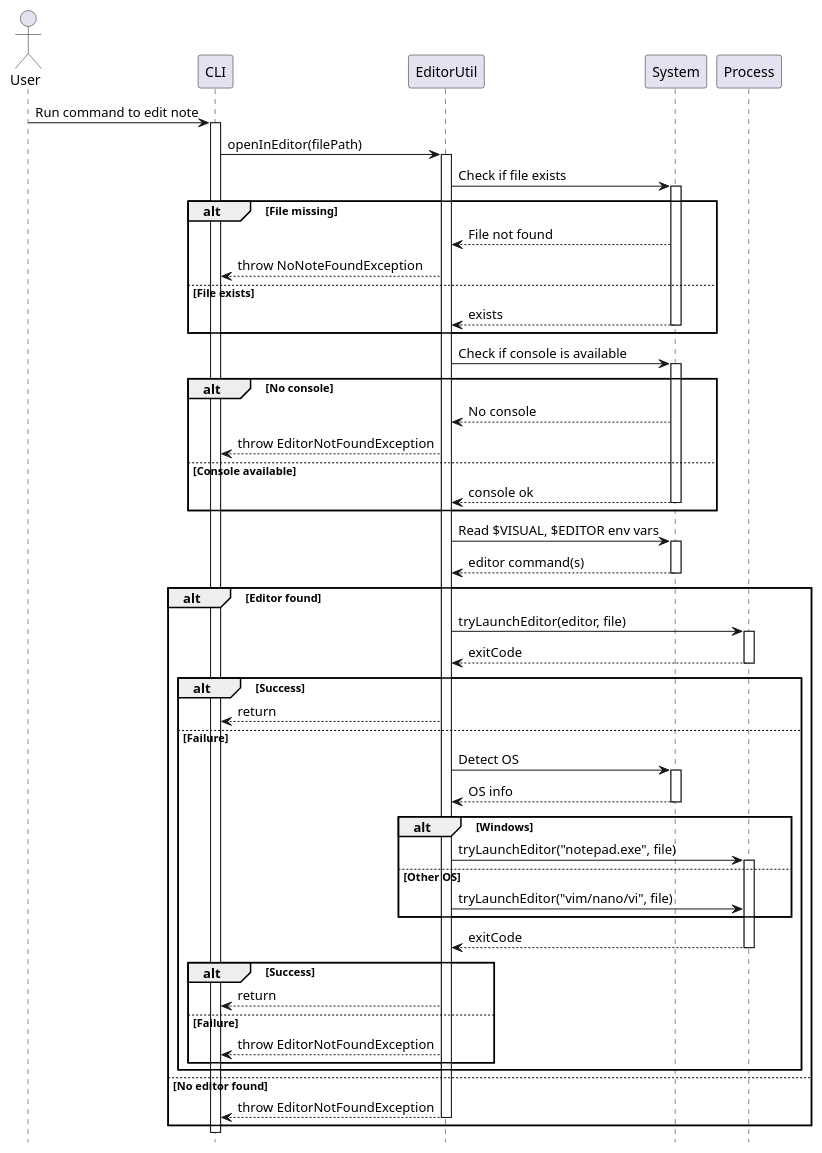
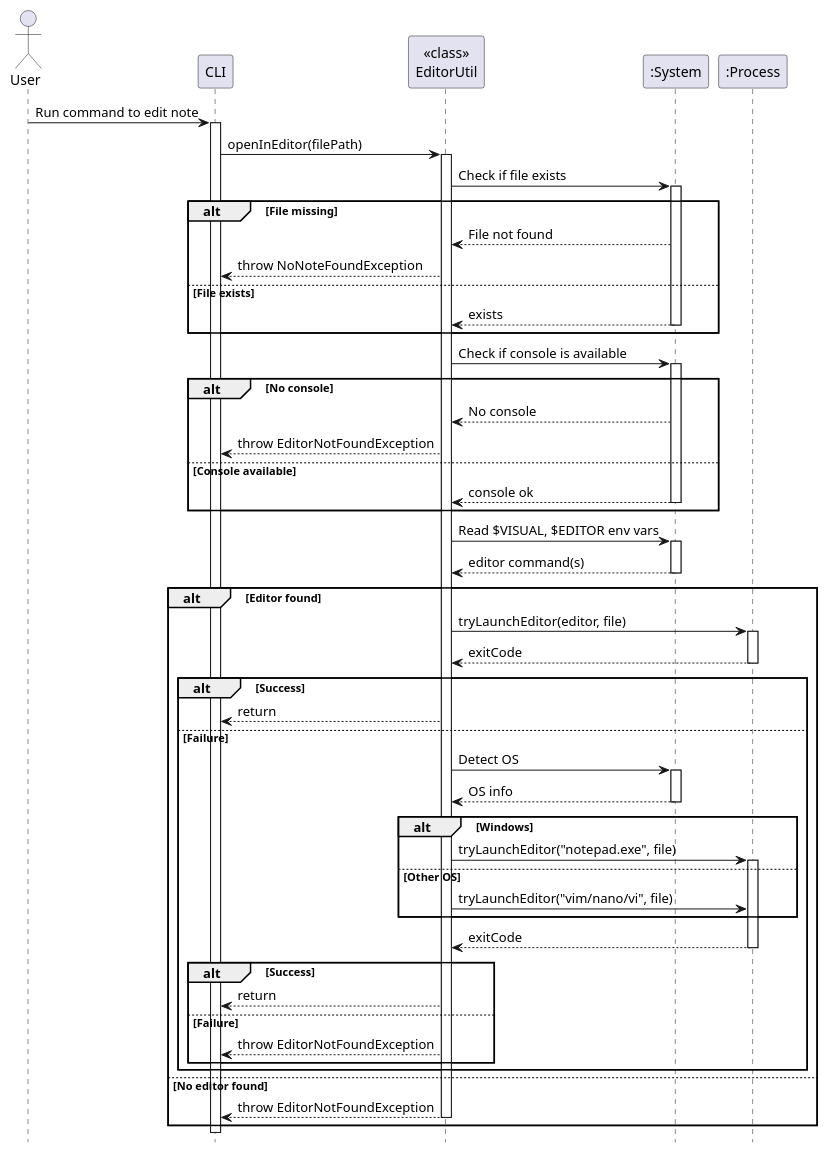
One commit to shauntsr/tp changed the diagram in docs/diagrams/EditorIntegrationSequence.puml. Above: the diagram before and after it, drawn with PlantUML. The commit also changed 10 other files, not shown here.

```diff
--- a/docs/diagrams/EditorIntegrationSequence.puml
+++ b/docs/diagrams/EditorIntegrationSequence.puml
@@ -1,76 +1,76 @@
 @startuml EditorIntegrationSequence
 actor User
 participant CLI
-participant EditorUtil
-participant System
-participant Process
+participant "<<class>>\nEditorUtil" as EditorUtil
+participant ":System" as System
+participant ":Process" as Process
 
 hide footbox
 
 User -> CLI : Run command to edit note
 activate CLI
 
 CLI -> EditorUtil : openInEditor(filePath)
 activate EditorUtil
 
 EditorUtil -> System : Check if file exists
 activate System
 alt File missing
     System --> EditorUtil : File not found
     EditorUtil --> CLI : throw NoNoteFoundException
 else File exists
     System --> EditorUtil : exists
     deactivate System
 end
 
 EditorUtil -> System : Check if console is available
 activate System
 alt No console
     System --> EditorUtil : No console
     EditorUtil --> CLI : throw EditorNotFoundException
 else Console available
     System --> EditorUtil : console ok
     deactivate System
 end
 
 EditorUtil -> System : Read $VISUAL, $EDITOR env vars
 activate System
 System --> EditorUtil : editor command(s)
 deactivate System
 
 alt Editor found
     EditorUtil -> Process : tryLaunchEditor(editor, file)
     activate Process
     Process --> EditorUtil : exitCode
     deactivate Process
     alt Success
         EditorUtil --> CLI : return
     else Failure
         EditorUtil -> System : Detect OS
         activate System
         System --> EditorUtil : OS info
         deactivate System
 
         alt Windows
             EditorUtil -> Process : tryLaunchEditor("notepad.exe", file)
             activate Process
         else Other OS
             EditorUtil -> Process : tryLaunchEditor("vim/nano/vi", file)
         end
         activate Process
         Process --> EditorUtil : exitCode
         deactivate Process
         alt Success
             EditorUtil --> CLI : return
         else Failure
             EditorUtil --> CLI : throw EditorNotFoundException
         end
     end
 else No editor found
     EditorUtil --> CLI : throw EditorNotFoundException
     deactivate EditorUtil
 end
 
 deactivate CLI
 
 @enduml
```
